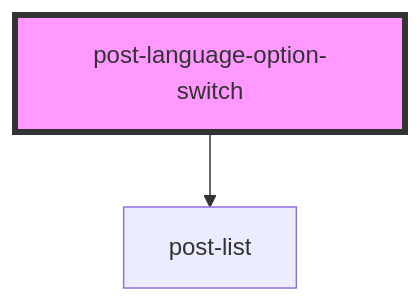
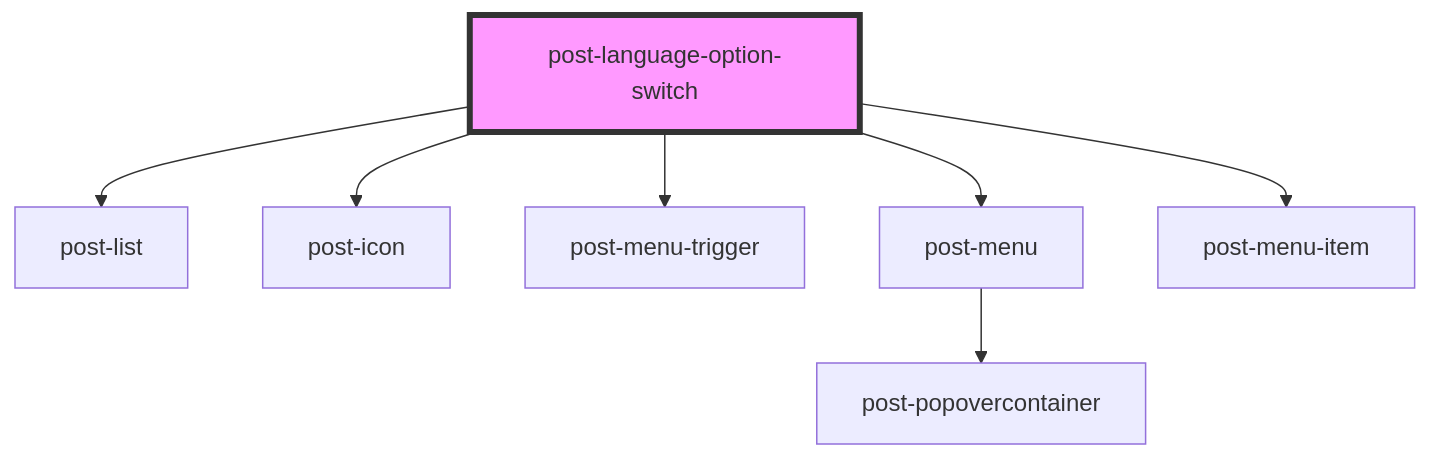
The diagram in packages/components/src/components/post-language-option-switch/readme.md (swisspost/design-system), drawn with Mermaid before and after one commit. The commit also changed other lines of this file and 7 other files, not shown here.

Commit message:
wip add post-menu

````diff
--- a/packages/components/src/components/post-language-option-switch/readme.md
+++ b/packages/components/src/components/post-language-option-switch/readme.md
@@ -22,5 +27,10 @@
 ```mermaid
 graph TD;
   post-language-option-switch --> post-list
+  post-language-option-switch --> post-icon
+  post-language-option-switch --> post-menu-trigger
+  post-language-option-switch --> post-menu
+  post-language-option-switch --> post-menu-item
+  post-menu --> post-popovercontainer
   style post-language-option-switch fill:#f9f,stroke:#333,stroke-width:4px
 ```
````
